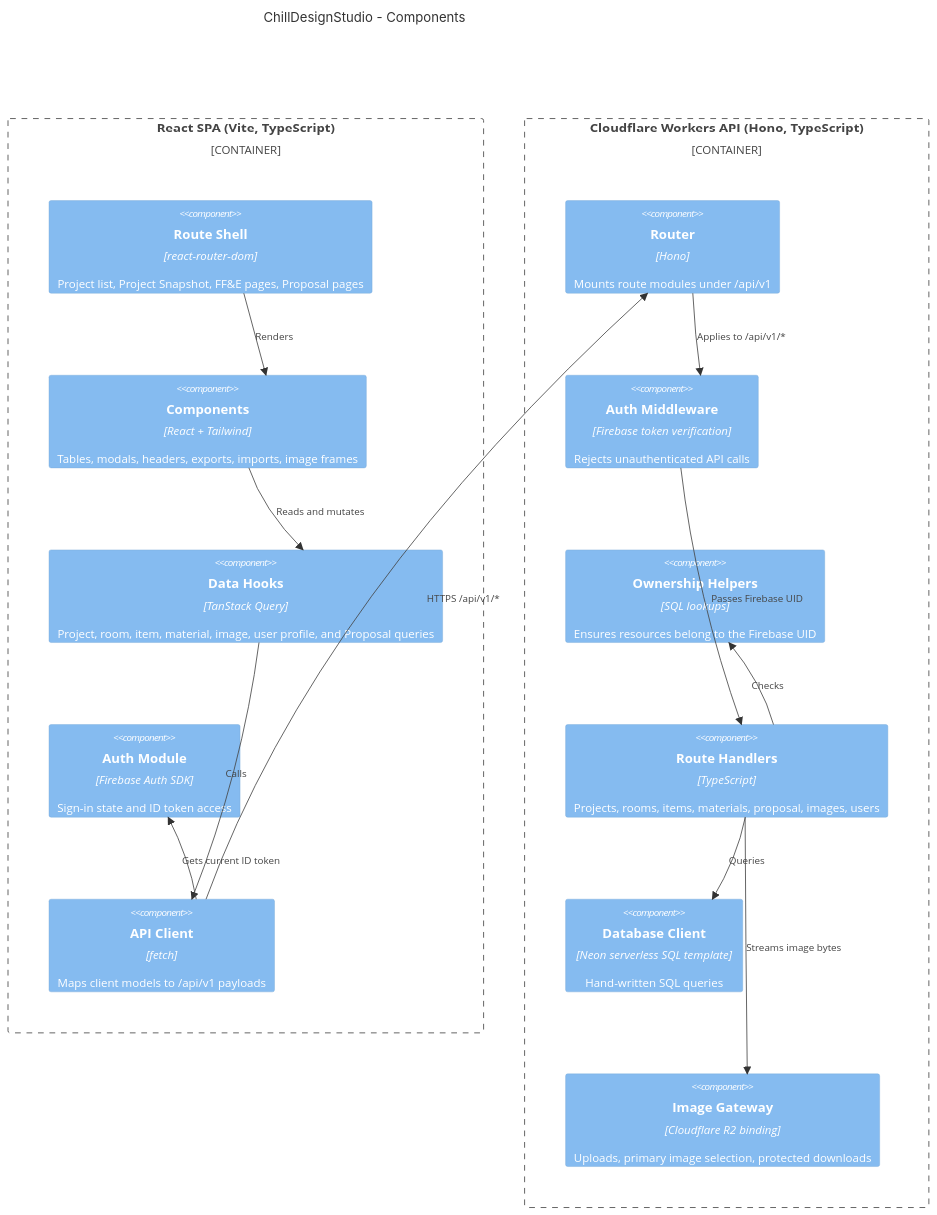
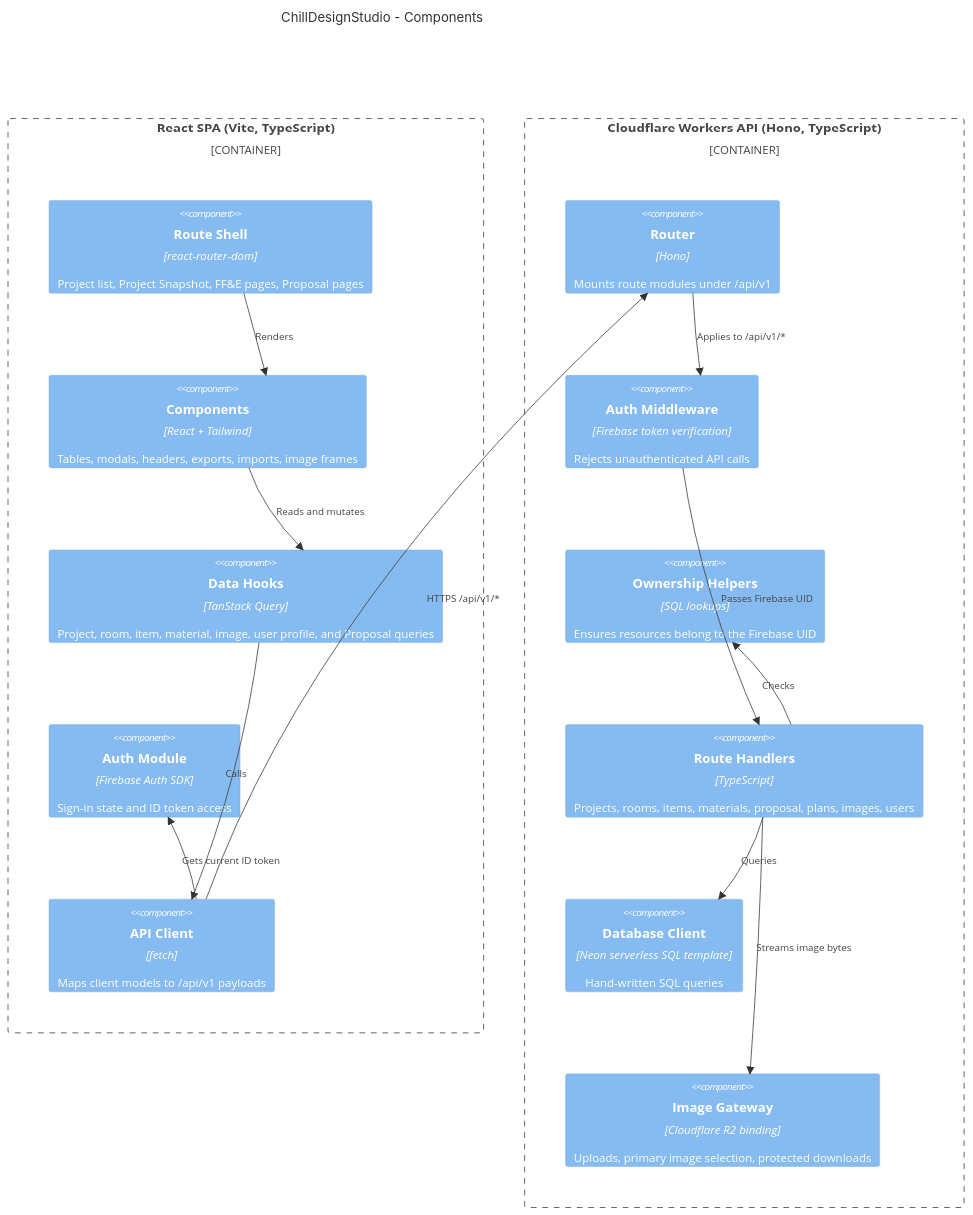
The second of 5 diagrams in docs/architecture.md (cweber12/ff-e-builder), drawn with Mermaid before and after one commit. The commit also changed other lines of this file and 17 other files, not shown here.

````diff
--- a/docs/architecture.md
+++ b/docs/architecture.md
@@ -28,32 +28,32 @@
 ```mermaid
 C4Component
   title ChillDesignStudio - Components
 
   Container_Boundary(spa, "React SPA (Vite, TypeScript)") {
     Component(routes, "Route Shell", "react-router-dom", "Project list, Project Snapshot, FF&E pages, Proposal pages")
     Component(ui, "Components", "React + Tailwind", "Tables, modals, headers, exports, imports, image frames")
     Component(hooks, "Data Hooks", "TanStack Query", "Project, room, item, material, image, user profile, and Proposal queries")
     Component(auth, "Auth Module", "Firebase Auth SDK", "Sign-in state and ID token access")
     Component(apiClient, "API Client", "fetch", "Maps client models to /api/v1 payloads")
   }
 
   Container_Boundary(worker, "Cloudflare Workers API (Hono, TypeScript)") {
     Component(router, "Router", "Hono", "Mounts route modules under /api/v1")
     Component(authMw, "Auth Middleware", "Firebase token verification", "Rejects unauthenticated API calls")
     Component(ownership, "Ownership Helpers", "SQL lookups", "Ensures resources belong to the Firebase UID")
-    Component(routeHandlers, "Route Handlers", "TypeScript", "Projects, rooms, items, materials, proposal, images, users")
+    Component(routeHandlers, "Route Handlers", "TypeScript", "Projects, rooms, items, materials, proposal, plans, images, users")
     Component(db, "Database Client", "Neon serverless SQL template", "Hand-written SQL queries")
     Component(imageGateway, "Image Gateway", "Cloudflare R2 binding", "Uploads, primary image selection, protected downloads")
   }
 
   Rel(routes, ui, "Renders")
   Rel(ui, hooks, "Reads and mutates")
   Rel(hooks, apiClient, "Calls")
   Rel(apiClient, auth, "Gets current ID token")
   Rel(apiClient, router, "HTTPS /api/v1/*")
   Rel(router, authMw, "Applies to /api/v1/*")
   Rel(authMw, routeHandlers, "Passes Firebase UID")
   Rel(routeHandlers, ownership, "Checks")
   Rel(routeHandlers, db, "Queries")
   Rel(routeHandlers, imageGateway, "Streams image bytes")
 ```
````
